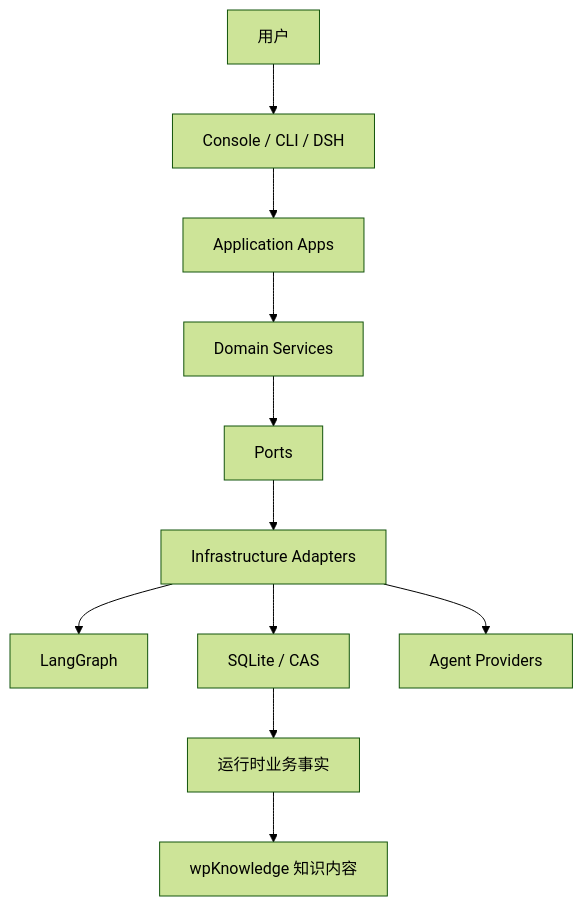
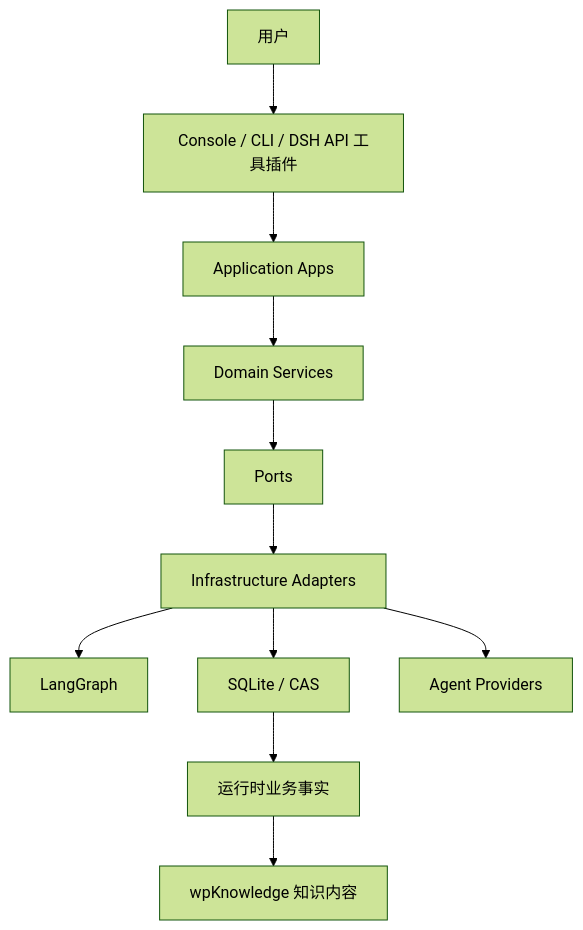
Before and after one commit to linlisWorkTeam/domain-knowledge: the second of 2 diagrams in docs/diagrams/system-overview.md, drawn with Mermaid (forest theme). The commit also changed other lines of this file and 38 other files, not shown here.

Commit message:
docs: define executable DSH foundation roadmap

````diff
--- a/docs/diagrams/system-overview.md
+++ b/docs/diagrams/system-overview.md
@@ -3,13 +21,13 @@
 ```mermaid
 flowchart TD
-    User["用户"] --> Interface["Console / CLI / DSH"]
+    User["用户"] --> Interface["Console / CLI / DSH API 工具插件"]
     Interface --> App["Application Apps"]
     App --> Domain["Domain Services"]
     Domain --> Ports["Ports"]
     Ports --> Infra["Infrastructure Adapters"]
     Infra --> Workflow["LangGraph"]
     Infra --> Storage["SQLite / CAS"]
     Infra --> Provider["Agent Providers"]
     Storage --> Facts["运行时业务事实"]
     Facts --> Knowledge["wpKnowledge 知识内容"]
 ```
````
